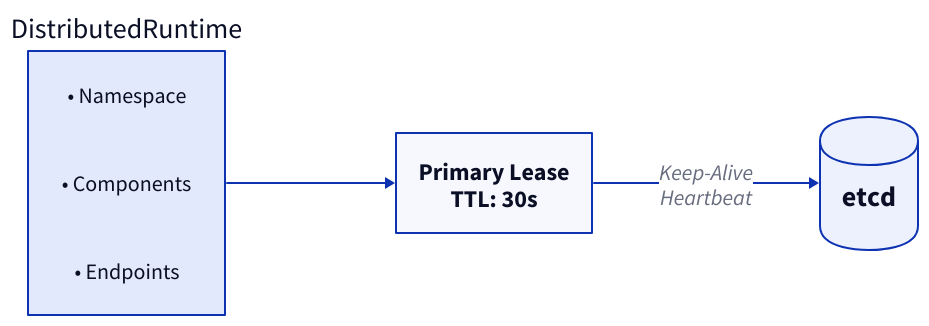
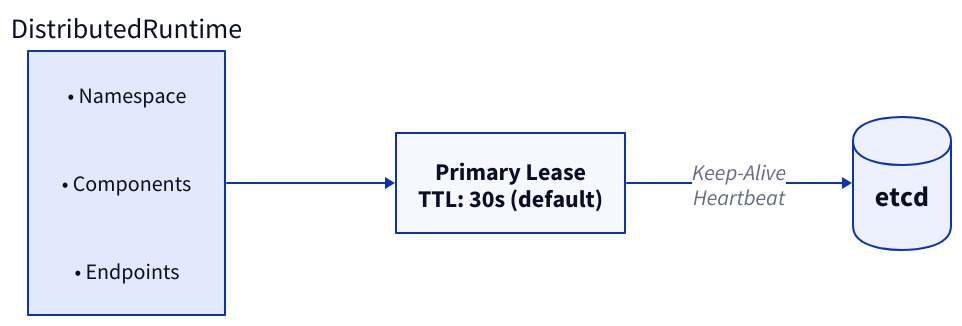
The diagram in docs/fern/assets/diagrams/discovery_plane_lease.d2 (ai-dynamo/dynamo), drawn with D2 before and after one commit. The commit also changed 5 other files, not shown here.

First line of the commit message:
docs: mark the etcd lease TTL as a default and describe file-mode expiry

```diff
--- a/docs/fern/assets/diagrams/discovery_plane_lease.d2
+++ b/docs/fern/assets/diagrams/discovery_plane_lease.d2
@@ -1,34 +1,34 @@
 direction: right
 
 dr: "DistributedRuntime" {
   style.font-size: 28
 
   ns: "• Namespace" {
     style.font-size: 22
     shape: text
   }
   comp: "• Components" {
     style.font-size: 22
     shape: text
   }
   ep: "• Endpoints" {
     style.font-size: 22
     shape: text
   }
 }
 
-lease: "Primary Lease\nTTL: 30s" {
+lease: "Primary Lease\nTTL: 30s (default)" {
   style.font-size: 24
   shape: rectangle
   style.bold: true
 }
 
 etcd: etcd {
   style.font-size: 28
   shape: cylinder
 }
 
 dr -> lease
 lease -> etcd: "Keep-Alive\nHeartbeat" {
   style.font-size: 22
 }
```
